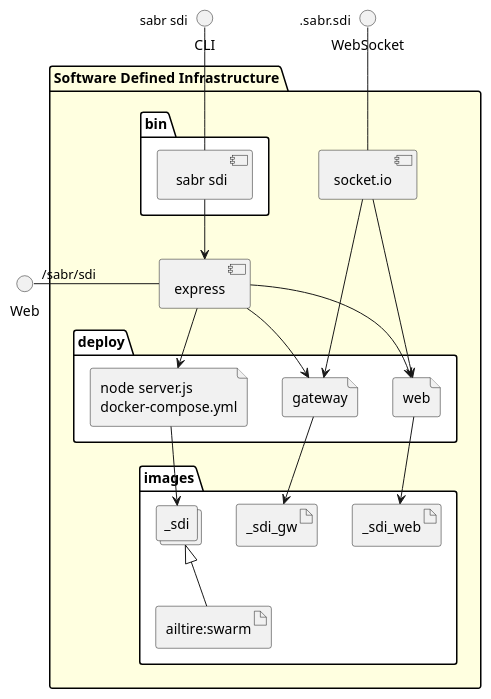
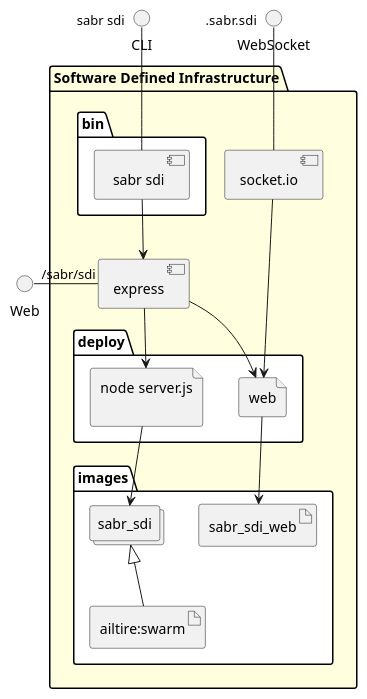
Before and after one commit to madajaju/sabr: the diagram in docs/sabr/sdi/envs/prod/physical.puml, drawn with PlantUML. The commit also changed 440 other files, not shown here.

```diff
--- a/docs/sabr/sdi/envs/prod/physical.puml
+++ b/docs/sabr/sdi/envs/prod/physical.puml
@@ -1,46 +1,39 @@
 @startuml
   interface CLI
   interface Web
   interface WebSocket
 package "Software Defined Infrastructure" #lightyellow {
   component express as REST
   component socket.io as socket
   folder bin #ffffff {
     component " sabr sdi" as binName
   }
   binName --> REST
 
   folder deploy #ffffff {
-      file "node server.js\ndocker-compose.yml" as _sdi_container
-      REST --> _sdi_container
+      file "node server.js\n" as sabr_sdi_container
+      REST --> sabr_sdi_container
 
   
     file "web" as web_container
     REST --> web_container
     socket ---> web_container
   
-    file "gateway" as gateway_container
-    REST --> gateway_container
-    socket ---> gateway_container
-  
   }
   folder images #ffffff {
-    collections "_sdi" as _sdiimage
+    collections "sabr_sdi" as sabr_sdiimage
     artifact "ailtire:swarm" as ailtireswarm
-    _sdiimage <|-- ailtireswarm
-    _sdi_container --> _sdiimage
+    sabr_sdiimage <|-- ailtireswarm
+    sabr_sdi_container --> sabr_sdiimage
 
   
-      artifact "_sdi_web" as _sdi_web
-      web_container --> _sdi_web
-    
-      artifact "_sdi_gw" as _sdi_gw
-      gateway_container --> _sdi_gw
+      artifact "sabr_sdi_web" as sabr_sdi_web
+      web_container --> sabr_sdi_web
     
   }
 }
 CLI " sabr sdi" -- binName
 Web "/sabr/sdi" - REST
 WebSocket ".sabr.sdi" -- socket
 
 @enduml
```
